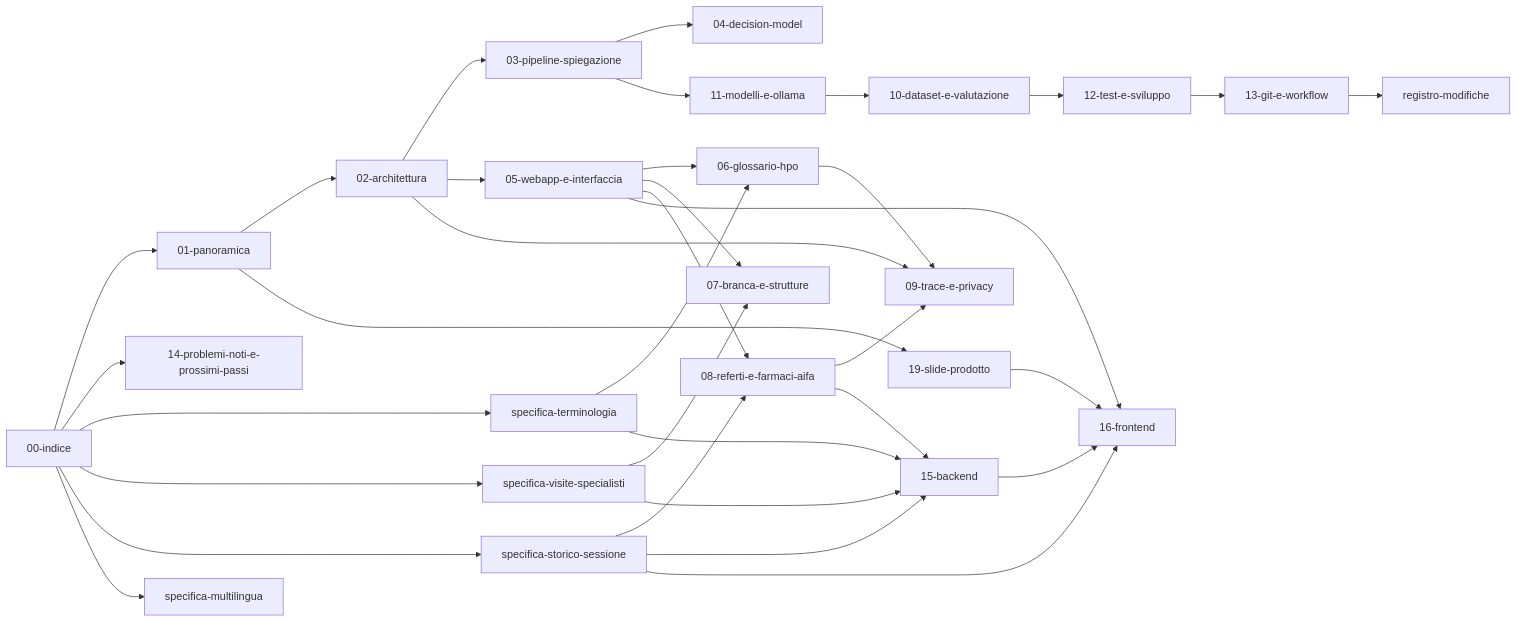
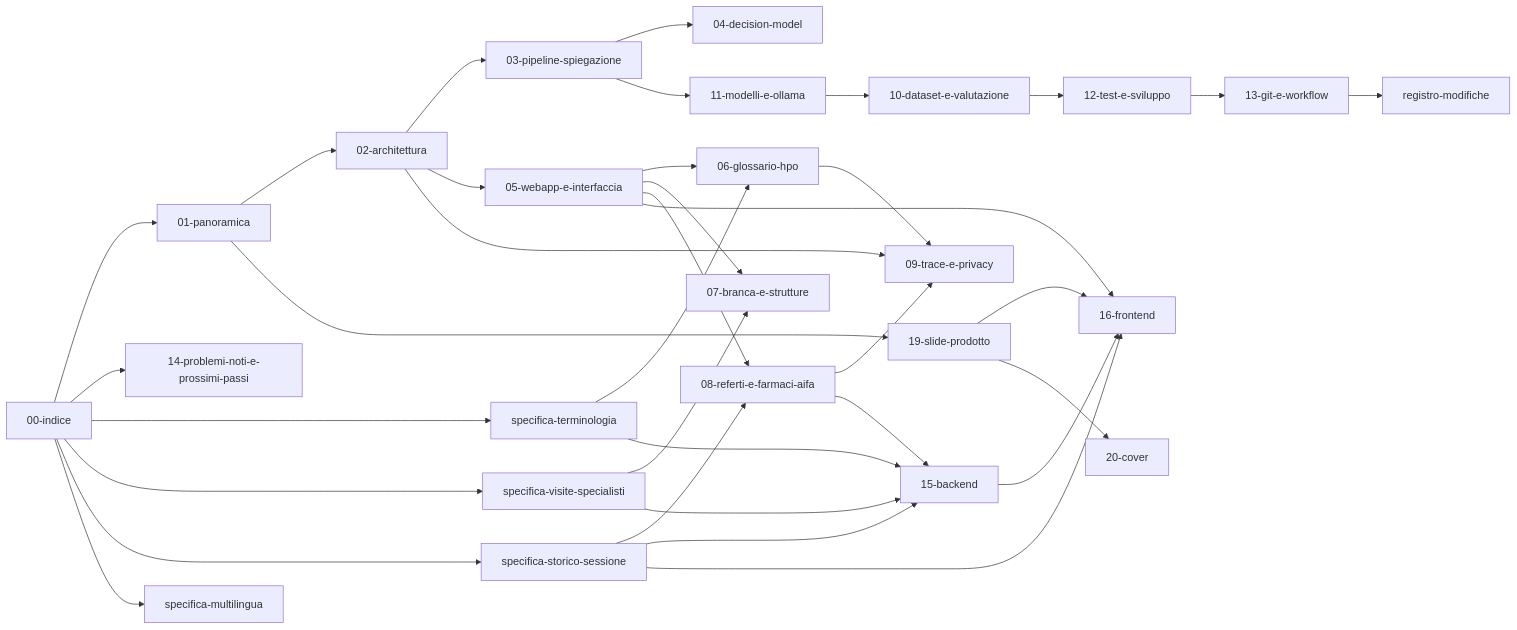
The diagram in docs/00-indice.md (Andreaioele/Referto), drawn with Mermaid before and after one commit. The commit also changed other lines of this file and 14 other files, not shown here.

````diff
--- a/docs/00-indice.md
+++ b/docs/00-indice.md
@@ -54,36 +56,37 @@
 ```mermaid
 graph LR
   indice[00-indice] --> panoramica[01-panoramica]
   panoramica --> architettura[02-architettura]
   architettura --> pipeline[03-pipeline-spiegazione]
   pipeline --> decision[04-decision-model]
   architettura --> webapp[05-webapp-e-interfaccia]
   webapp --> glossario[06-glossario-hpo]
   webapp --> strutture[07-branca-e-strutture]
   webapp --> farmaci[08-referti-e-farmaci-aifa]
   farmaci --> trace[09-trace-e-privacy]
   farmaci --> backend[15-backend]
   backend --> frontend[16-frontend]
   webapp --> frontend
   glossario --> trace
   architettura --> trace
   pipeline --> modelli[11-modelli-e-ollama]
   modelli --> dataset[10-dataset-e-valutazione]
   dataset --> test[12-test-e-sviluppo]
   test --> git[13-git-e-workflow]
   git --> registro[registro-modifiche]
   indice --> problemi[14-problemi-noti-e-prossimi-passi]
   indice --> specTerminologia[specifica-terminologia]
   indice --> specVisite[specifica-visite-specialisti]
   indice --> specStorico[specifica-storico-sessione]
   indice --> specLingua[specifica-multilingua]
   specTerminologia --> glossario
   specTerminologia --> backend
   specVisite --> strutture
   specVisite --> backend
   specStorico --> farmaci
   specStorico --> backend
   specStorico --> frontend
   panoramica --> slide[19-slide-prodotto]
   slide --> frontend
+  slide --> cover[20-cover]
 ```
````
